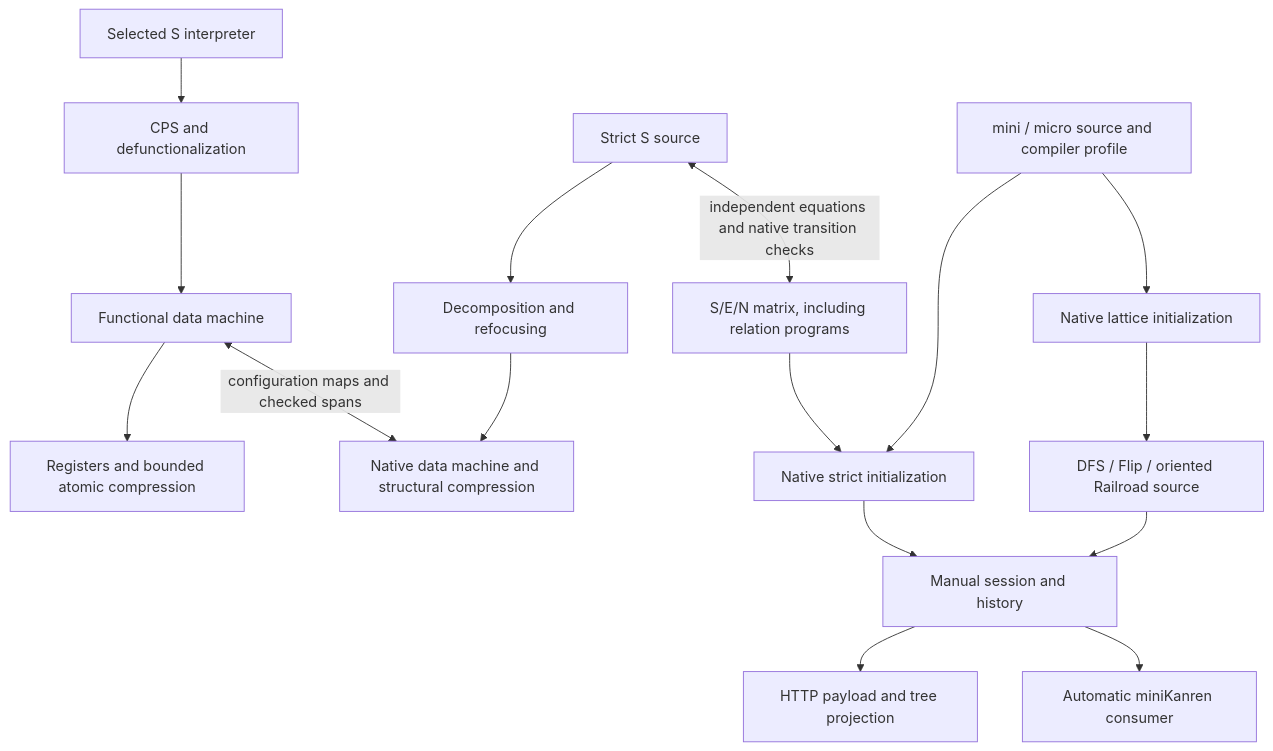
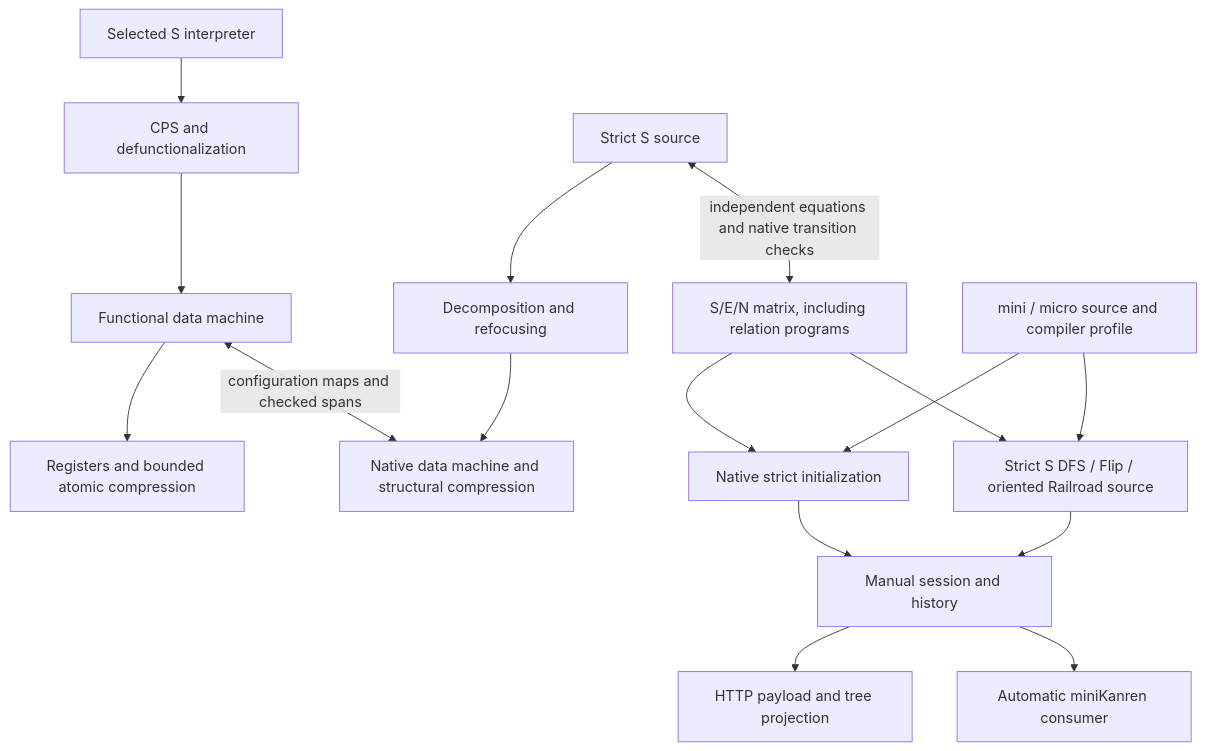
Before and after one commit to brysenPfingsten/Modeling-miniKanren-in-Redex: the diagram in docs/semantics-ladder.md, drawn with Mermaid. The commit also changed other lines of this file and 27 other files, not shown here.

````diff
--- a/docs/semantics-ladder.md
+++ b/docs/semantics-ladder.md
@@ -95,18 +93,18 @@
 ```mermaid
 flowchart TD
   I["Selected S interpreter"] --> CPS["CPS and defunctionalization"]
   CPS --> FM["Functional data machine"]
   FM --> REG["Registers and bounded atomic compression"]
   R["Strict S source"] --> D["Decomposition and refocusing"]
   D --> M["Native data machine and structural compression"]
   FM <-->|"configuration maps and checked spans"| M
   R <-->|"independent equations and native transition checks"| MAT["S/E/N matrix, including relation programs"]
   SRC["mini / micro source and compiler profile"] --> FULL["Native strict initialization"]
-  SRC --> LAT["Native lattice initialization"]
   MAT --> FULL
-  LAT --> LR["DFS / Flip / oriented Railroad source"]
+  MAT --> LR["Strict S DFS / Flip / oriented Railroad source"]
+  SRC --> LR
   FULL --> SESSION["Manual session and history"]
   LR --> SESSION
   SESSION --> GUI["HTTP payload and tree projection"]
   SESSION --> RUN["Automatic miniKanren consumer"]
 ```
````
